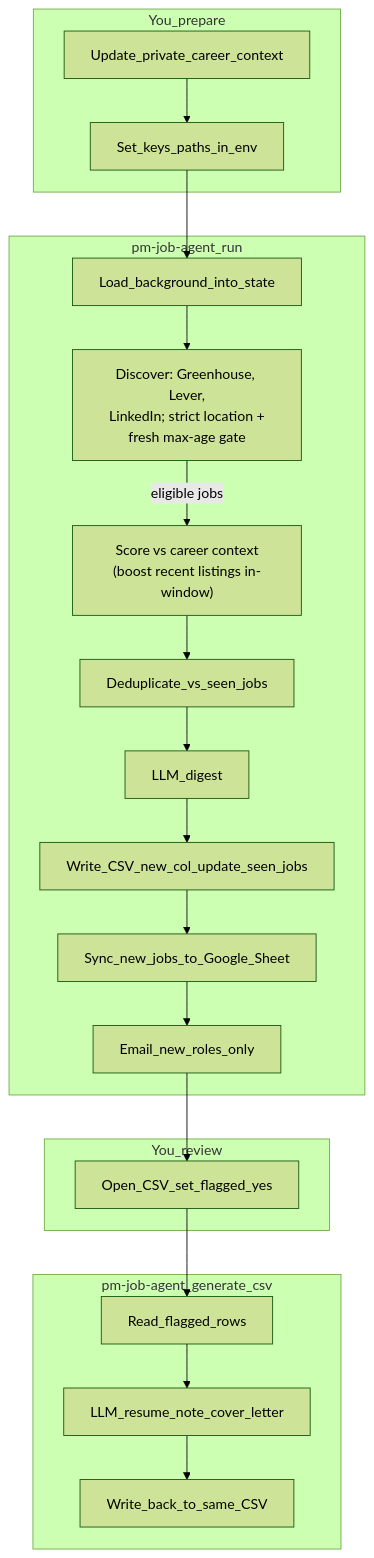
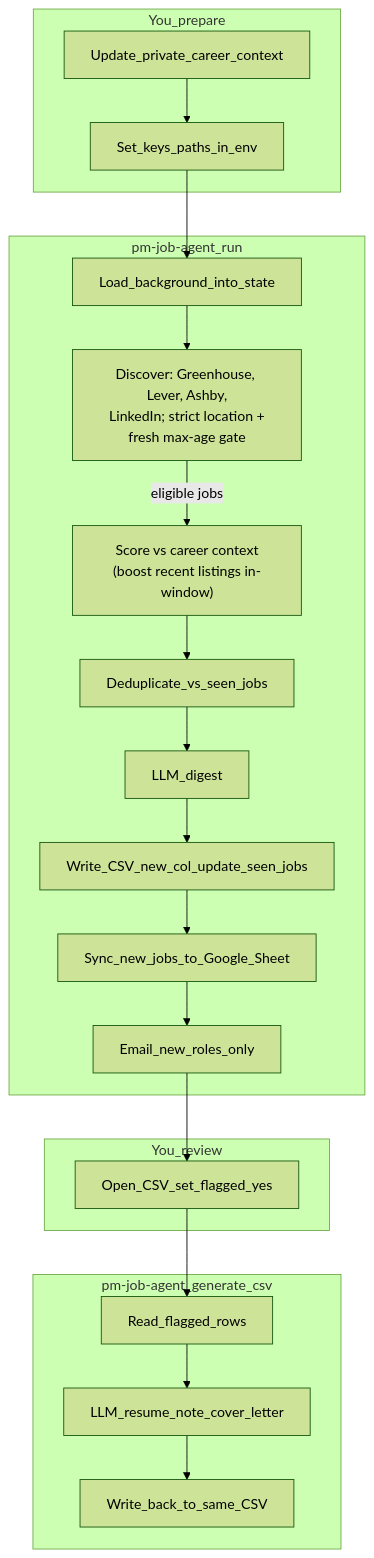
The first of 2 diagrams in README.md (ravigahlla/pm-job-agent), drawn with Mermaid (forest theme) before and after one commit. The commit also changed other lines of this file and 10 other files, not shown here.

Commit message:
feat(discovery): Ashby source, target_employers schema, company_label on board clients

````diff
--- a/README.md
+++ b/README.md
@@ -35,42 +35,42 @@
 ```mermaid
 flowchart TB
   subgraph prep [You_prepare]
     writeContext[Update_private_career_context]
     writeEnv[Set_keys_paths_in_env]
   end
 
   subgraph run [pm-job-agent_run]
     loadBg[Load_background_into_state]
-    gather["Discover: Greenhouse, Lever,\nLinkedIn; strict location +\nfresh max-age gate"]
+    gather["Discover: Greenhouse, Lever, Ashby,\nLinkedIn; strict location +\nfresh max-age gate"]
     rank["Score vs career context\n(boost recent listings in-window)"]
     dedup[Deduplicate_vs_seen_jobs]
     digest[LLM_digest]
     persist[Write_CSV_new_col_update_seen_jobs]
     syncSheets[Sync_new_jobs_to_Google_Sheet]
     notifyEmail["Email_new_roles_only"]
   end
 
   subgraph review [You_review]
     openCSV[Open_CSV_set_flagged_yes]
   end
 
   subgraph generate [pm-job-agent_generate_csv]
     readFlagged[Read_flagged_rows]
     genDocs[LLM_resume_note_cover_letter]
     writeBack[Write_back_to_same_CSV]
   end
 
   writeContext --> writeEnv
   writeEnv --> loadBg
   loadBg --> gather
   gather -->|"eligible jobs"| rank
   rank --> dedup
   dedup --> digest
   digest --> persist
   persist --> syncSheets
   syncSheets --> notifyEmail
   notifyEmail --> openCSV
   openCSV --> readFlagged
   readFlagged --> genDocs
   genDocs --> writeBack
 ```
````
